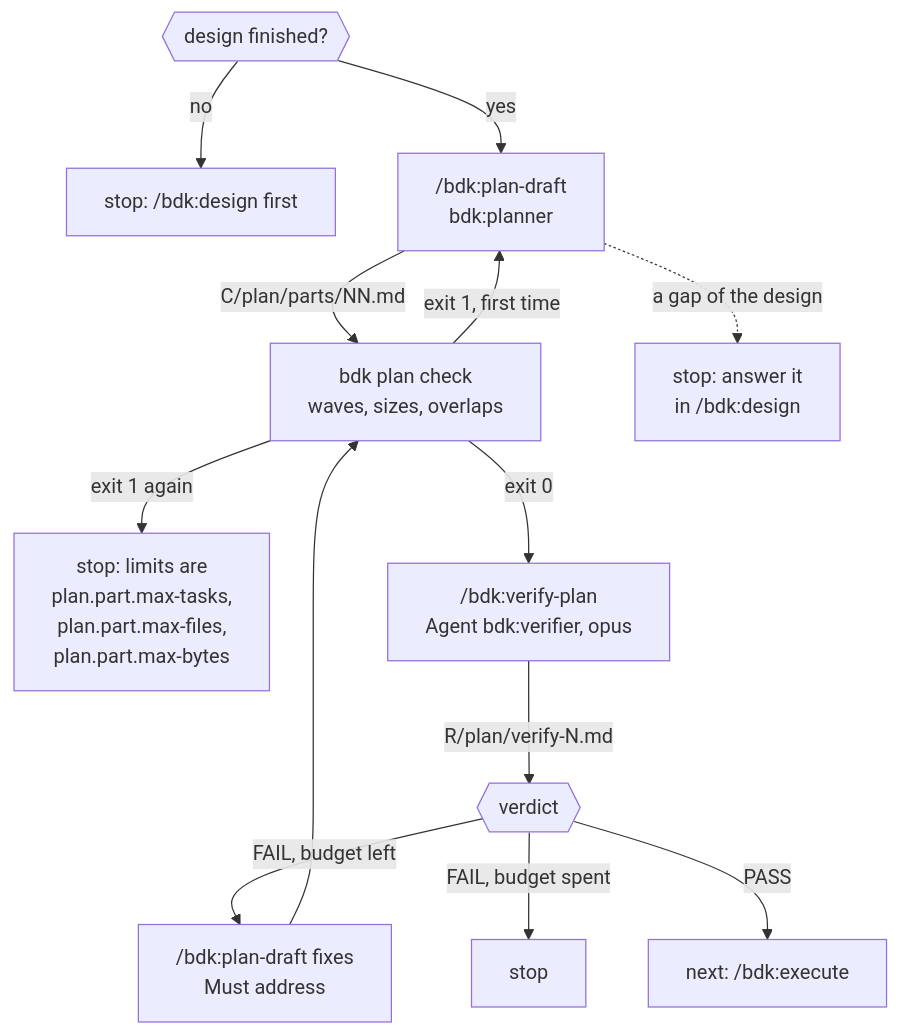
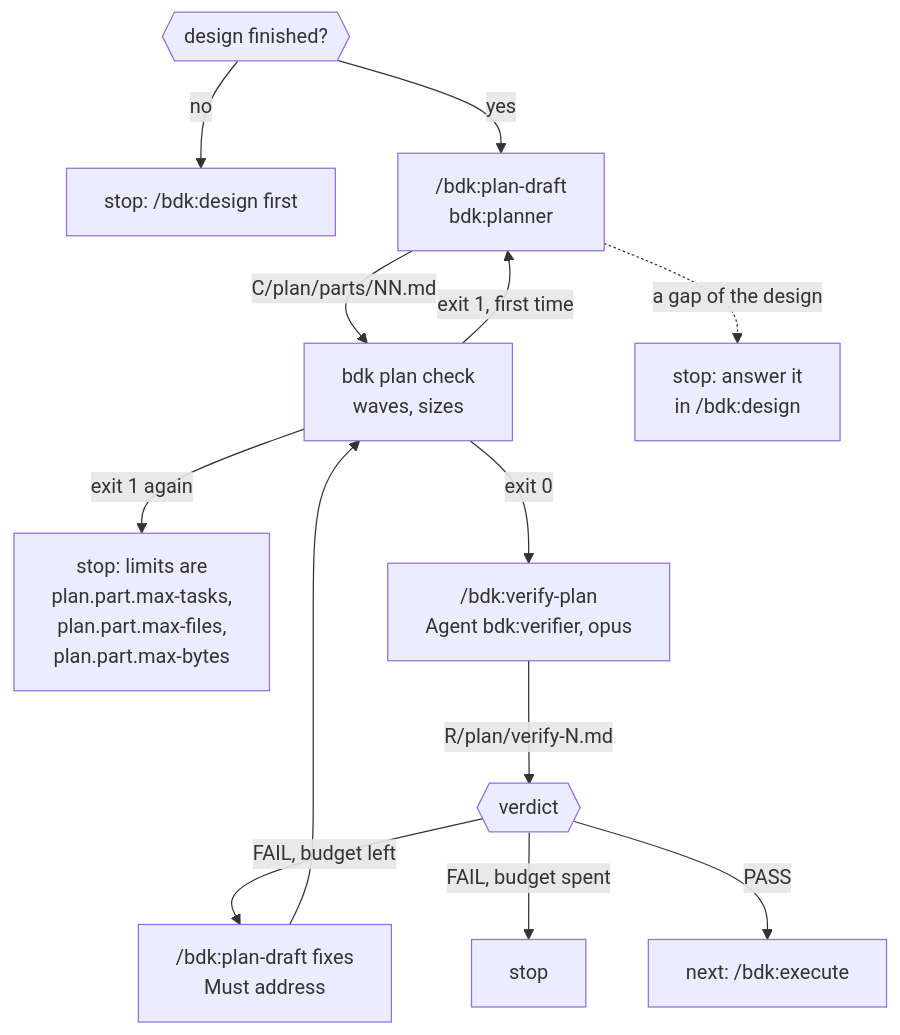
One commit to broneq/bdk changed the fourth of 15 diagrams in docs/concepts/orchestrators.md. Above: the diagram before and after it, drawn with Mermaid. The commit also changed other lines of this file and 185 other files, not shown here.

````diff
--- a/docs/concepts/orchestrators.md
+++ b/docs/concepts/orchestrators.md
@@ -79,14 +79,14 @@
 ```mermaid
 flowchart TB
   L0{{"design finished?"}} -->|"no"| LS0["stop: /bdk:design first"]
   L0 -->|"yes"| DRAFT["/bdk:plan-draft<br/>bdk:planner"]
-  DRAFT -->|"C/plan/parts/NN.md"| CHECK["bdk plan check<br/>waves, sizes, overlaps"]
+  DRAFT -->|"C/plan/parts/NN.md"| CHECK["bdk plan check<br/>waves, sizes"]
   DRAFT -.->|"a gap of the design"| LS1["stop: answer it<br/>in /bdk:design"]
   CHECK -->|"exit 1, first time"| DRAFT
   CHECK -->|"exit 1 again"| LS2["stop: limits are<br/>plan.part.max-tasks,<br/>plan.part.max-files,<br/>plan.part.max-bytes"]
   CHECK -->|"exit 0"| VP["/bdk:verify-plan<br/>Agent bdk:verifier, opus"]
   VP -->|"R/plan/verify-N.md"| V{{"verdict"}}
   V -->|"FAIL, budget left"| FIXP["/bdk:plan-draft fixes<br/>Must address"] --> CHECK
   V -->|"FAIL, budget spent"| LS3["stop"]
   V -->|"PASS"| DONE["next: /bdk:execute"]
 ```
````
